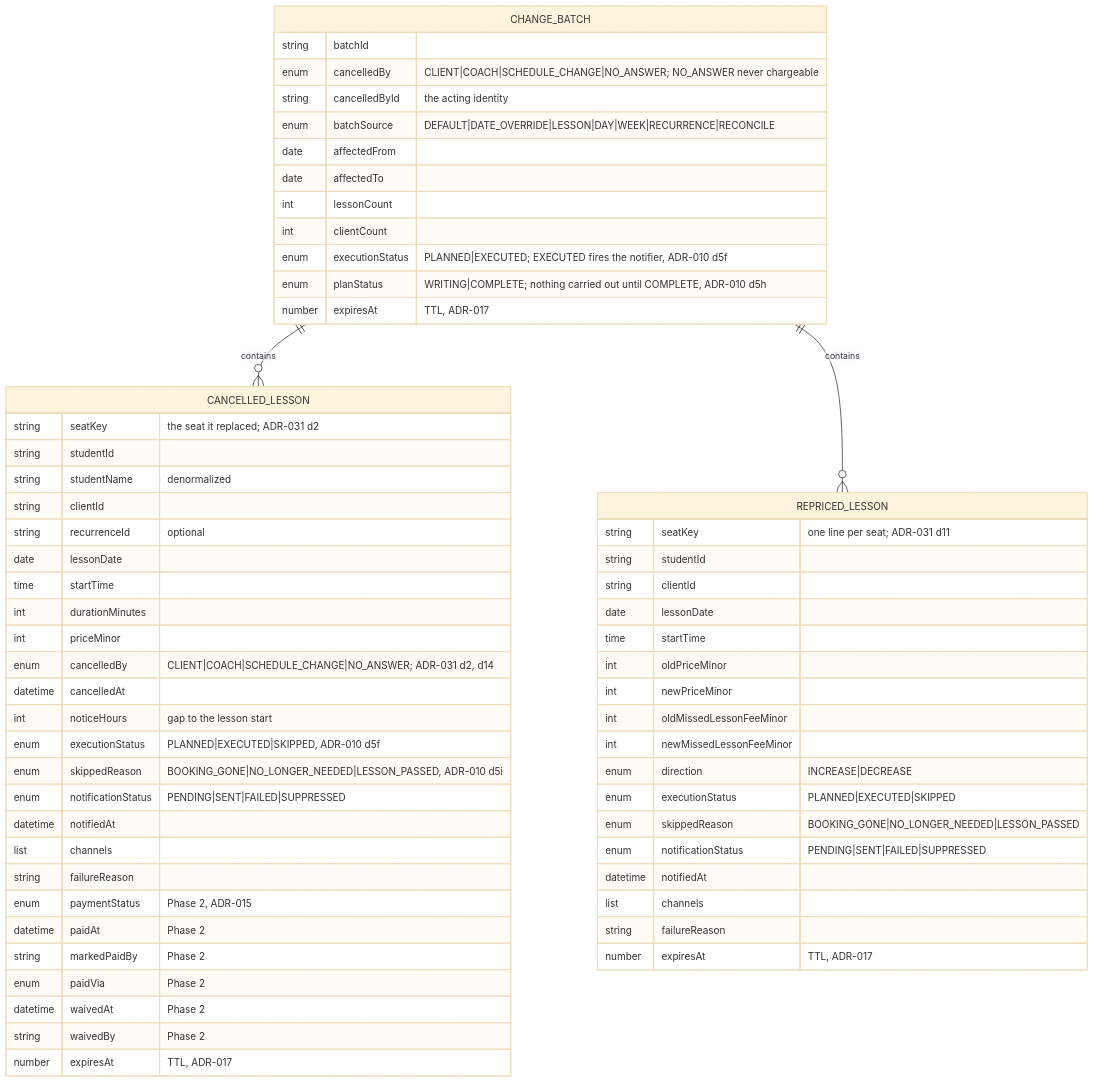
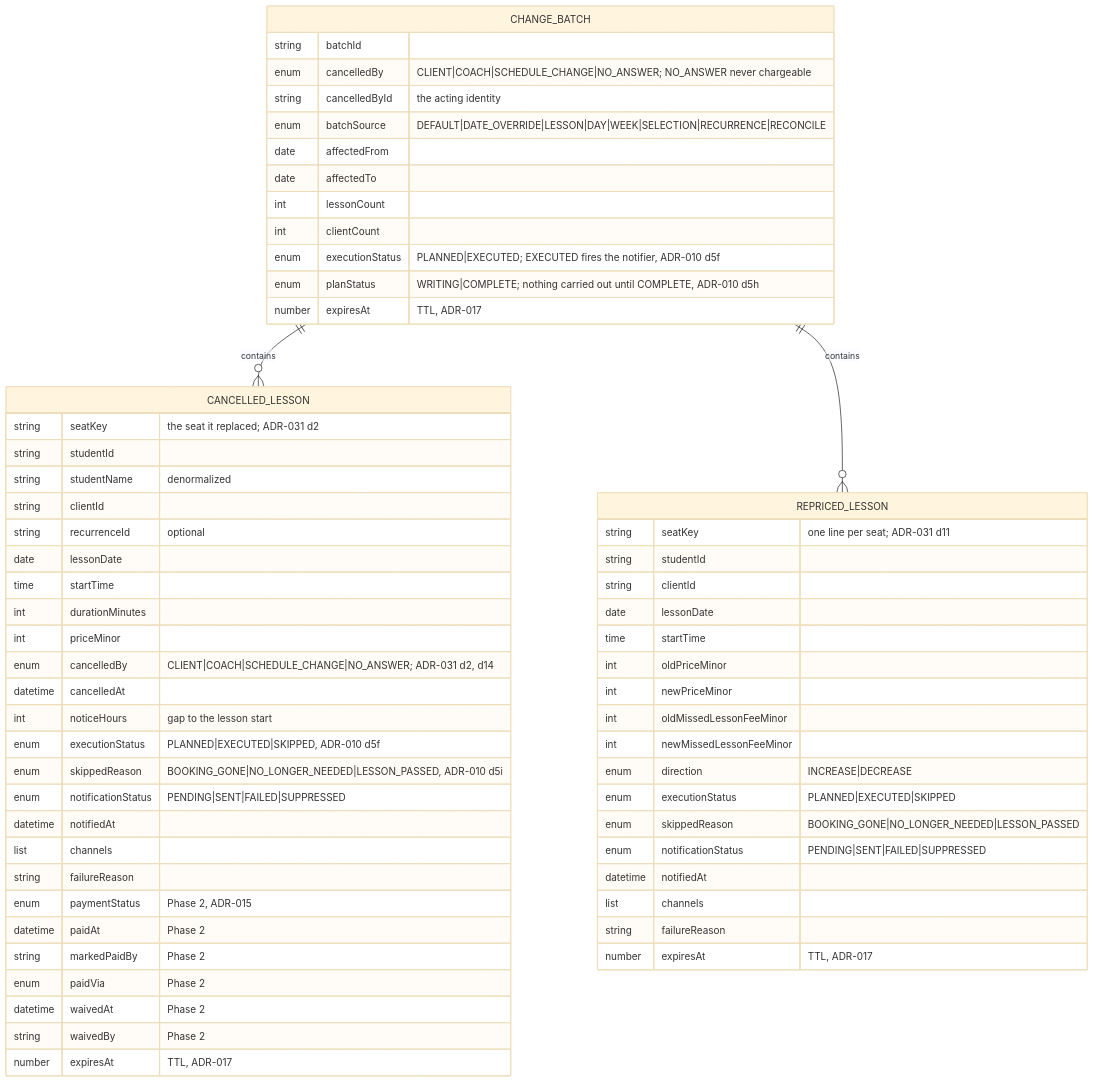
One commit to jessicamvega6/bladebook changed the seventh of 31 diagrams in docs/architecture.md. Above: the diagram before and after it, drawn with Mermaid (base theme). The commit also changed 21 other files, not shown here.

First line of the commit message:
Batch 23: the rinkside Week tab (G-28)

````diff
--- a/docs/architecture.md
+++ b/docs/architecture.md
@@ -479,65 +479,65 @@
 ```mermaid
 erDiagram
     CHANGE_BATCH ||--o{ CANCELLED_LESSON : contains
     CHANGE_BATCH ||--o{ REPRICED_LESSON : contains
 
     CHANGE_BATCH {
         string batchId
         enum   cancelledBy "CLIENT|COACH|SCHEDULE_CHANGE|NO_ANSWER; NO_ANSWER never chargeable"
         string cancelledById "the acting identity"
-        enum   batchSource "DEFAULT|DATE_OVERRIDE|LESSON|DAY|WEEK|RECURRENCE|RECONCILE"
+        enum   batchSource "DEFAULT|DATE_OVERRIDE|LESSON|DAY|WEEK|SELECTION|RECURRENCE|RECONCILE"
         date   affectedFrom
         date   affectedTo
         int    lessonCount
         int    clientCount
         enum   executionStatus "PLANNED|EXECUTED; EXECUTED fires the notifier, ADR-010 d5f"
         enum   planStatus "WRITING|COMPLETE; nothing carried out until COMPLETE, ADR-010 d5h"
         number expiresAt "TTL, ADR-017"
     }
     CANCELLED_LESSON {
         string seatKey "the seat it replaced; ADR-031 d2"
         string studentId
         string studentName "denormalized"
         string clientId
         string recurrenceId "optional"
         date   lessonDate
         time   startTime
         int    durationMinutes
         int    priceMinor
         enum   cancelledBy "CLIENT|COACH|SCHEDULE_CHANGE|NO_ANSWER; ADR-031 d2, d14"
         datetime cancelledAt
         int    noticeHours "gap to the lesson start"
         enum   executionStatus "PLANNED|EXECUTED|SKIPPED, ADR-010 d5f"
         enum   skippedReason "BOOKING_GONE|NO_LONGER_NEEDED|LESSON_PASSED, ADR-010 d5i"
         enum   notificationStatus "PENDING|SENT|FAILED|SUPPRESSED"
         datetime notifiedAt
         list   channels
         string failureReason
         enum   paymentStatus "Phase 2, ADR-015"
         datetime paidAt "Phase 2"
         string markedPaidBy "Phase 2"
         enum   paidVia "Phase 2"
         datetime waivedAt "Phase 2"
         string waivedBy "Phase 2"
         number expiresAt "TTL, ADR-017"
     }
     REPRICED_LESSON {
         string seatKey "one line per seat; ADR-031 d11"
         string studentId
         string clientId
         date   lessonDate
         time   startTime
         int    oldPriceMinor
         int    newPriceMinor
         int    oldMissedLessonFeeMinor
         int    newMissedLessonFeeMinor
         enum   direction "INCREASE|DECREASE"
         enum   executionStatus "PLANNED|EXECUTED|SKIPPED"
         enum   skippedReason "BOOKING_GONE|NO_LONGER_NEEDED|LESSON_PASSED"
         enum   notificationStatus "PENDING|SENT|FAILED|SUPPRESSED"
         datetime notifiedAt
         list   channels
         string failureReason
         number expiresAt "TTL, ADR-017"
     }
 ```
````
